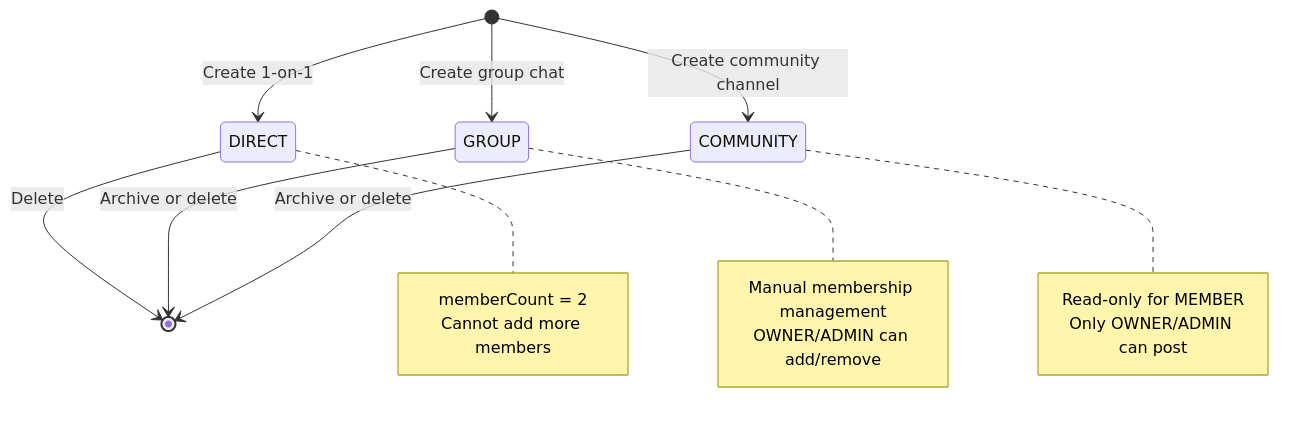
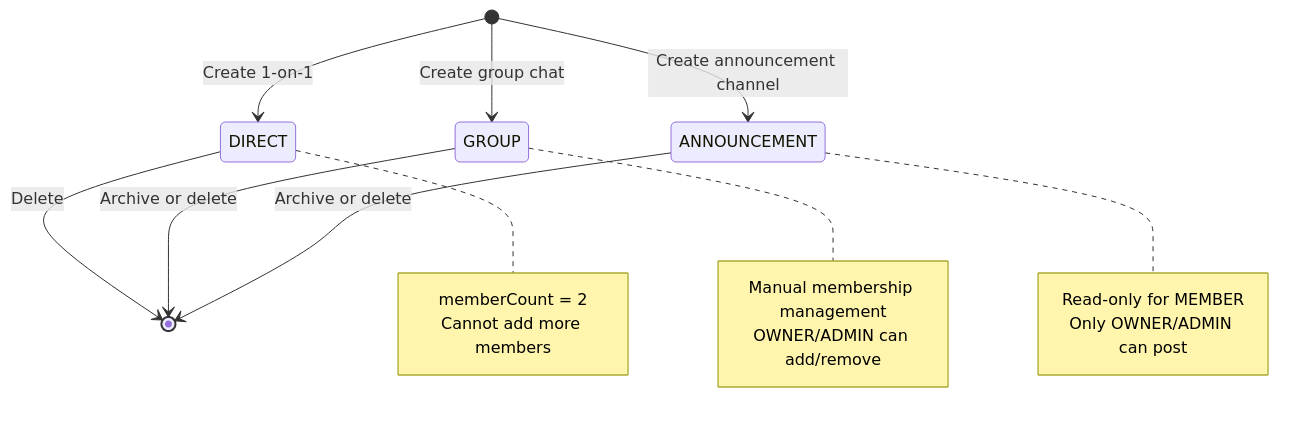
Before and after one commit to nguyenhung204/Zolo: the fifth of 7 diagrams in docs_backend/diagrams/database-relations.md, drawn with Mermaid. The commit also changed other lines of this file and 35 other files, not shown here.

````diff
--- a/docs_backend/diagrams/database-relations.md
+++ b/docs_backend/diagrams/database-relations.md
@@ -341,24 +341,24 @@
 ```mermaid
 stateDiagram-v2
     [*] --> DIRECT: Create 1-on-1
     [*] --> GROUP: Create group chat
-    [*] --> COMMUNITY: Create community channel
+    [*] --> ANNOUNCEMENT: Create announcement channel
     DIRECT --> [*]: Delete
     GROUP --> [*]: Archive or delete
-    COMMUNITY --> [*]: Archive or delete
+    ANNOUNCEMENT --> [*]: Archive or delete
 
     note right of DIRECT
         memberCount = 2
         Cannot add more members
     end note
 
     note right of GROUP
         Manual membership management
         OWNER/ADMIN can add/remove
     end note
 
-    note right of COMMUNITY
+    note right of ANNOUNCEMENT
         Read-only for MEMBER
         Only OWNER/ADMIN can post
     end note
 ```
````
